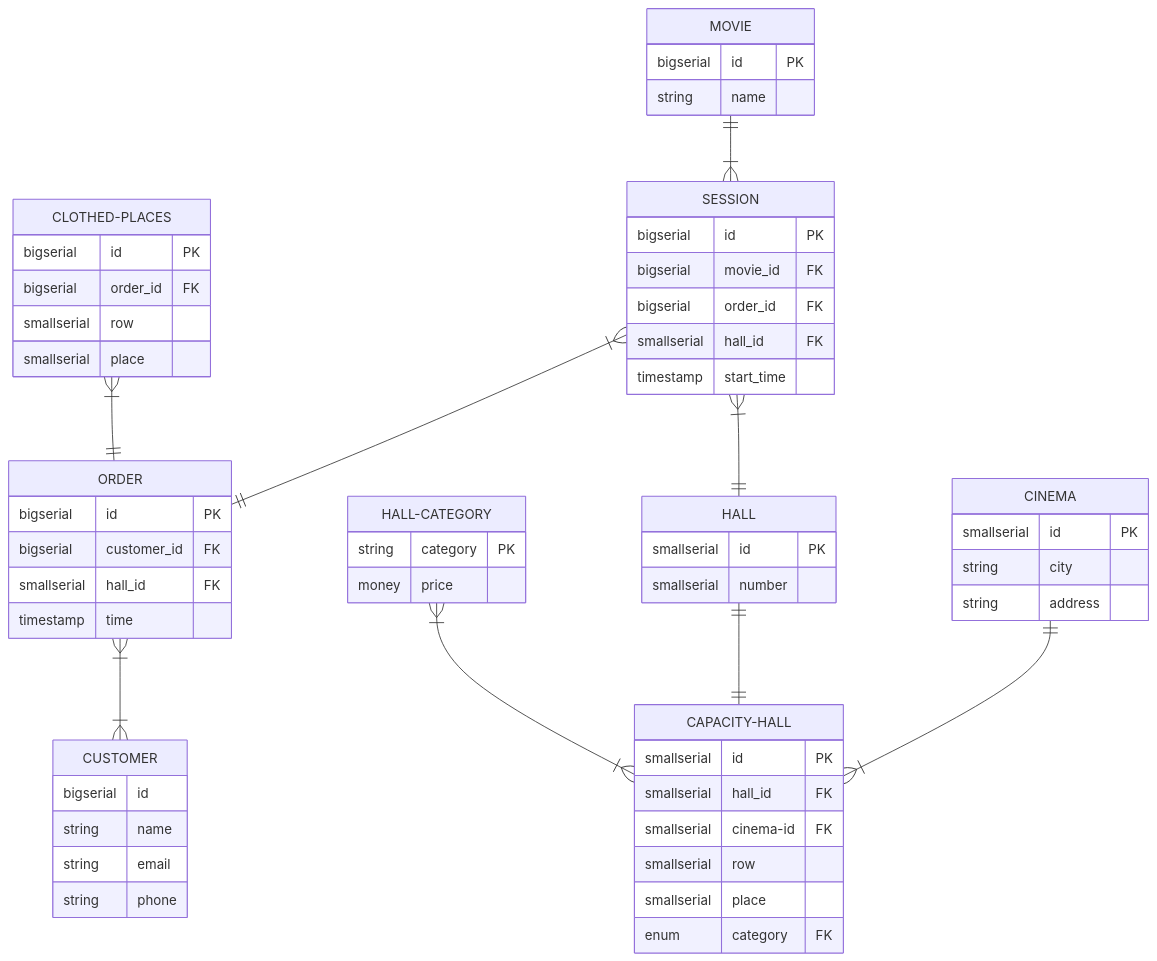
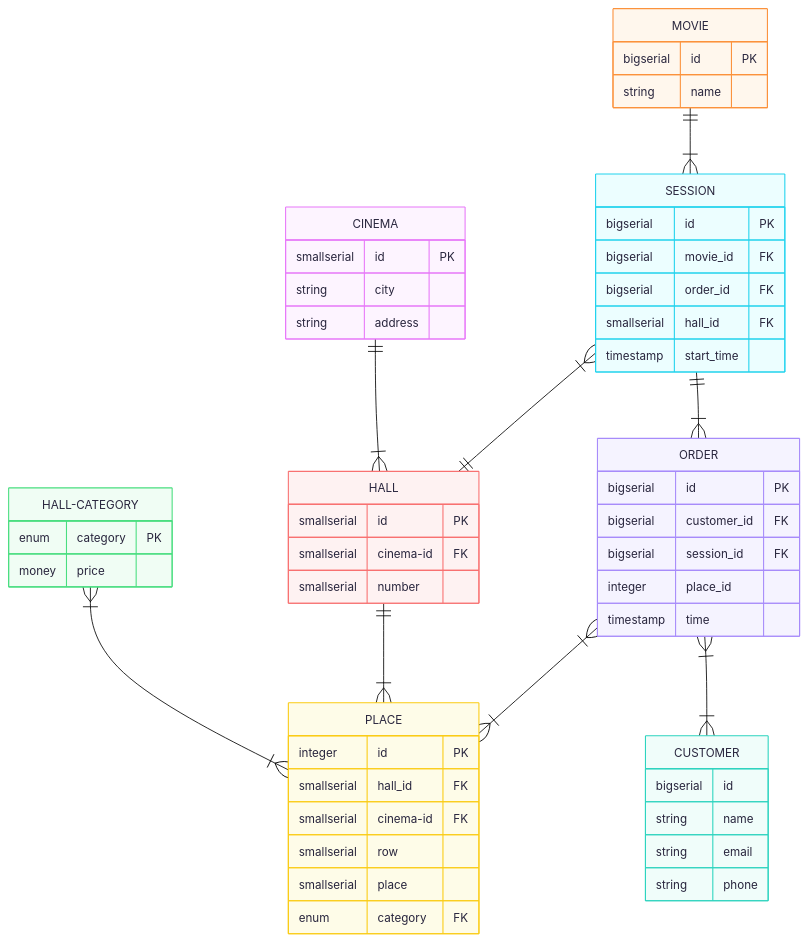
Before and after one commit to otusteamedu/PHP_2025: the diagram in cinema.mmd, drawn with Mermaid.

Commit message:
feat(database schema): Redesigned schema, changed relationships between tables

```diff
--- a/cinema.mmd
+++ b/cinema.mmd
@@ -1,69 +1,68 @@
+---
+config:
+  theme: redux-color
+---
 erDiagram
 	direction TB
-	HALL-CATEGORY {
-		string category PK ""
-		money price  ""
-	}
-
 	CINEMA {
 		smallserial id PK ""
 		string city  ""
 		string address  ""
-	}
-
-	HALL {
-		smallserial id PK ""
-		smallserial number  ""
-	}
-
-	CAPACITY-HALL {
-		smallserial id PK ""
-		smallserial hall_id FK ""
-		smallserial cinema-id FK ""
-		smallserial row  ""
-		smallserial place  ""
-		enum category FK ""
 	}
 
 	CUSTOMER {
 		bigserial id  ""
 		string name  ""
 		string email  ""
 		string phone  ""
 	}
 
-	CLOTHED-PLACES {
-		bigserial id PK ""
-		bigserial order_id FK ""
-		smallserial row  ""
-		smallserial place  ""
-	}
-
 	MOVIE {
 		bigserial id PK ""
 		string name  ""
-	}
-
-	ORDER {
-		bigserial id PK ""
-		bigserial customer_id FK ""
-		smallserial hall_id FK ""
-		timestamp time  ""
 	}
 
 	SESSION {
 		bigserial id PK ""
 		bigserial movie_id FK ""
 		bigserial order_id FK ""
 		smallserial hall_id FK ""
 		timestamp start_time  ""
 	}
 
-	HALL-CATEGORY}|--|{CAPACITY-HALL:"  "
-	HALL||--||CAPACITY-HALL:"  "
-	CINEMA||--|{CAPACITY-HALL:"  "
+	HALL-CATEGORY {
+		enum category PK ""
+		money price  ""
+	}
+
+	ORDER {
+		bigserial id PK ""
+		bigserial customer_id FK ""
+		bigserial session_id FK ""
+		integer place_id  ""
+		timestamp time  ""
+	}
+
+	HALL {
+		smallserial id PK ""
+		smallserial cinema-id FK ""
+		smallserial number  ""
+	}
+
+	PLACE {
+		integer id PK ""
+		smallserial hall_id FK ""
+		smallserial cinema-id FK ""
+		smallserial row  ""
+		smallserial place  ""
+		enum category FK ""
+	}
+
+	HALL-CATEGORY}|--|{PLACE:"  "
+	HALL||--|{PLACE:"  "
 	ORDER}|--|{CUSTOMER:"  "
-	CLOTHED-PLACES}|--||ORDER:"  "
-	SESSION}|--||ORDER:"  "
+	SESSION||--|{ORDER:"  "
 	MOVIE||--|{SESSION:"  "
 	SESSION}|--||HALL:"  "
+	ORDER}|--|{PLACE:"  "
+	CINEMA||--|{HALL:"  "
```
